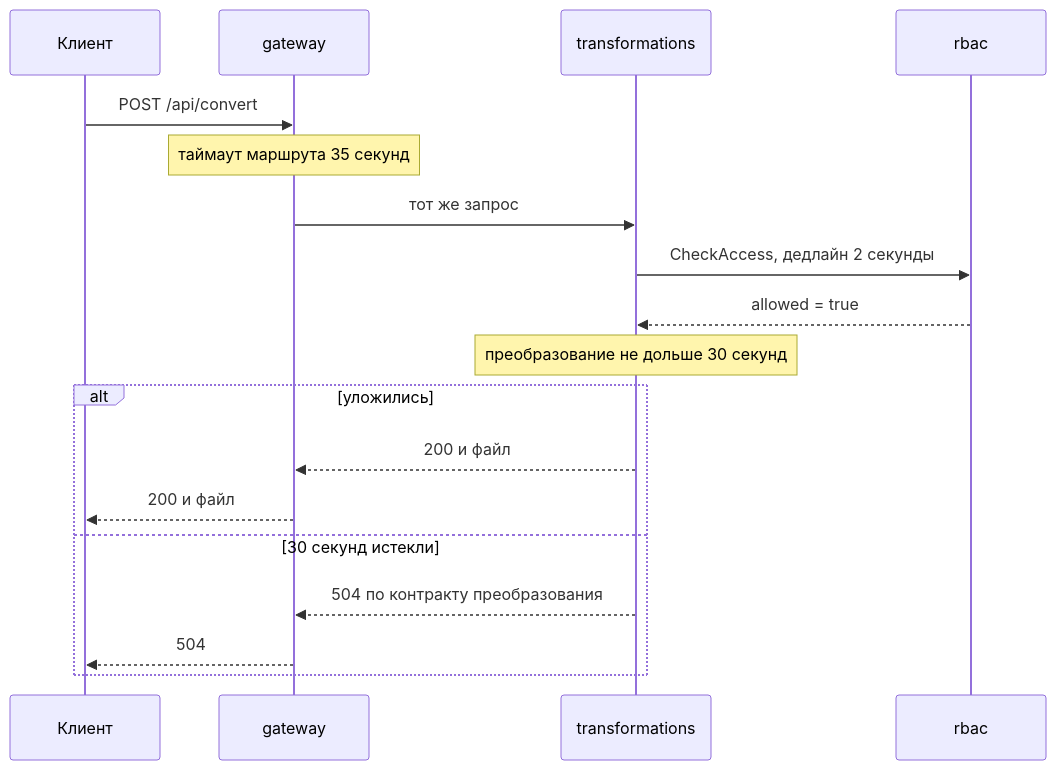
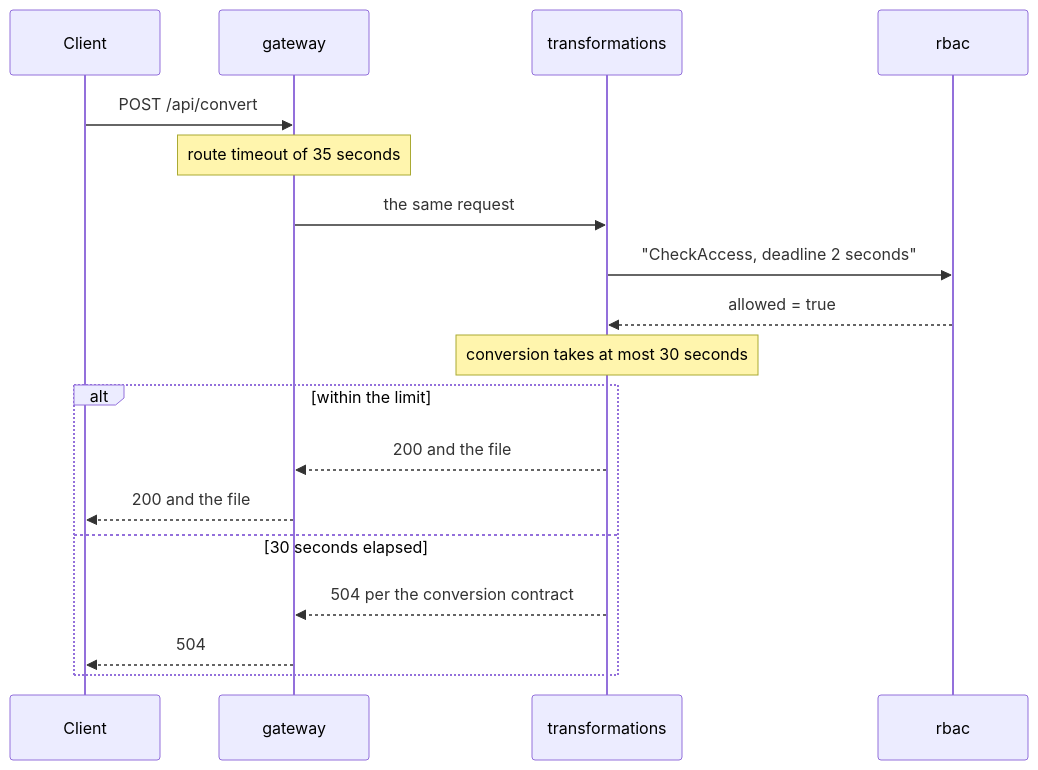
The third of 4 diagrams in courses-content/backend/B/1/en/0.2 Синхронное взаимодействие.md (pavel-skripko-innowise/inno-fe-be-a1), drawn with Mermaid before and after one commit. The commit also changed other lines of this file and 35 other files, not shown here.

````diff
--- a/courses-content/backend/B/1/en/0.2 Синхронное взаимодействие.md
+++ b/courses-content/backend/B/1/en/0.2 Синхронное взаимодействие.md
@@ -157,20 +157,20 @@
 ```mermaid
 sequenceDiagram
-  participant C as Клиент
+  participant C as Client
   participant G as gateway
   participant T as transformations
   participant R as rbac
   C->>G: POST /api/convert
-  Note over G: таймаут маршрута 35 секунд
-  G->>T: тот же запрос
-  T->>R: CheckAccess, дедлайн 2 секунды
+  Note over G: route timeout of 35 seconds
+  G->>T: the same request
+  T->>R: "CheckAccess, deadline 2 seconds"
   R-->>T: allowed = true
-  Note over T: преобразование не дольше 30 секунд
-  alt уложились
-    T-->>G: 200 и файл
-    G-->>C: 200 и файл
-  else 30 секунд истекли
-    T-->>G: 504 по контракту преобразования
+  Note over T: conversion takes at most 30 seconds
+  alt within the limit
+    T-->>G: 200 and the file
+    G-->>C: 200 and the file
+  else 30 seconds elapsed
+    T-->>G: 504 per the conversion contract
     G-->>C: 504
   end
 ```
````
